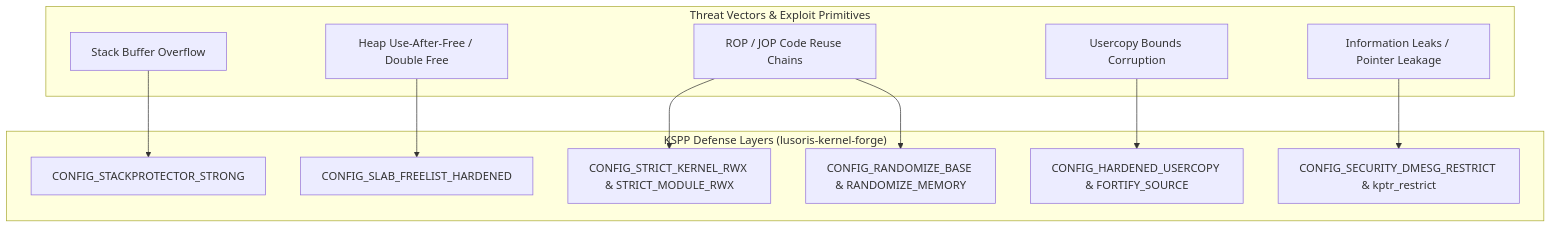
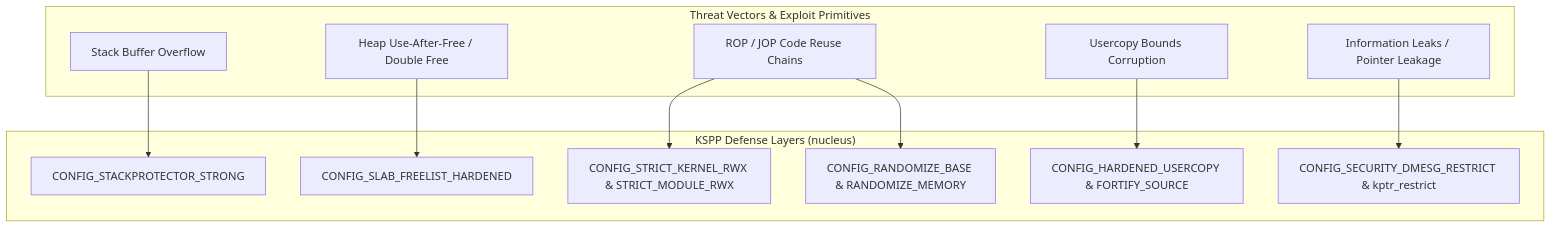
Before and after one commit to cordanaLLM/nucleus: the diagram in docs/security/kspp-baseline.md, drawn with Mermaid. The commit also changed other lines of this file and 57 other files, not shown here.

````diff
--- a/docs/security/kspp-baseline.md
+++ b/docs/security/kspp-baseline.md
@@ -13,26 +13,26 @@
 ```mermaid
 graph TD
     subgraph Attacks["Threat Vectors & Exploit Primitives"]
         STACK["Stack Buffer Overflow"]
         HEAP["Heap Use-After-Free / Double Free"]
         ROP["ROP / JOP Code Reuse Chains"]
         UCOPY["Usercopy Bounds Corruption"]
         INFO["Information Leaks / Pointer Leakage"]
     end
 
-    subgraph Mitigations["KSPP Defense Layers (lusoris-kernel-forge)"]
+    subgraph Mitigations["KSPP Defense Layers (nucleus)"]
         CANARY["CONFIG_STACKPROTECTOR_STRONG"]
         SLAB_HARD["CONFIG_SLAB_FREELIST_HARDENED"]
         W_X["CONFIG_STRICT_KERNEL_RWX & STRICT_MODULE_RWX"]
         KASLR["CONFIG_RANDOMIZE_BASE & RANDOMIZE_MEMORY"]
         UCOPY_HARD["CONFIG_HARDENED_USERCOPY & FORTIFY_SOURCE"]
         DMESG_REST["CONFIG_SECURITY_DMESG_RESTRICT & kptr_restrict"]
     end
 
     STACK --> CANARY
     HEAP --> SLAB_HARD
     ROP --> W_X
     ROP --> KASLR
     UCOPY --> UCOPY_HARD
     INFO --> DMESG_REST
 ```
````
